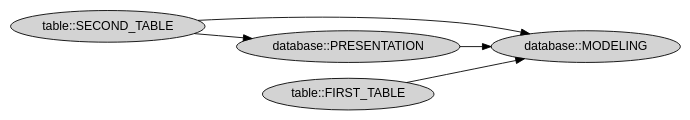
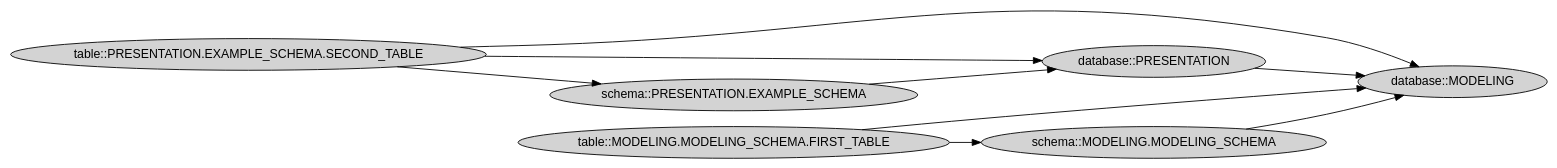
One commit to rus-kgo/da-snowflake-iac changed the diagram in dependencies.dot. Above: the diagram before and after it, drawn with Graphviz. The commit also changed 34 other files, not shown here.

```diff
--- a/dependencies.dot
+++ b/dependencies.dot
@@ -1,9 +1,13 @@
 digraph G {
   rankdir=LR;
   node [shape=ellipse, style=filled, fillcolor=lightgrey, fontname=Helvetica];
 "database::MODELING";
 "database::PRESENTATION" -> "database::MODELING";
-"table::FIRST_TABLE" -> "database::MODELING";
-"table::SECOND_TABLE" -> "database::MODELING";
-"table::SECOND_TABLE" -> "database::PRESENTATION";
+"schema::MODELING.MODELING_SCHEMA" -> "database::MODELING";
+"schema::PRESENTATION.EXAMPLE_SCHEMA" -> "database::PRESENTATION";
+"table::MODELING.MODELING_SCHEMA.FIRST_TABLE" -> "database::MODELING";
+"table::MODELING.MODELING_SCHEMA.FIRST_TABLE" -> "schema::MODELING.MODELING_SCHEMA";
+"table::PRESENTATION.EXAMPLE_SCHEMA.SECOND_TABLE" -> "database::MODELING";
+"table::PRESENTATION.EXAMPLE_SCHEMA.SECOND_TABLE" -> "database::PRESENTATION";
+"table::PRESENTATION.EXAMPLE_SCHEMA.SECOND_TABLE" -> "schema::PRESENTATION.EXAMPLE_SCHEMA";
 }
```
